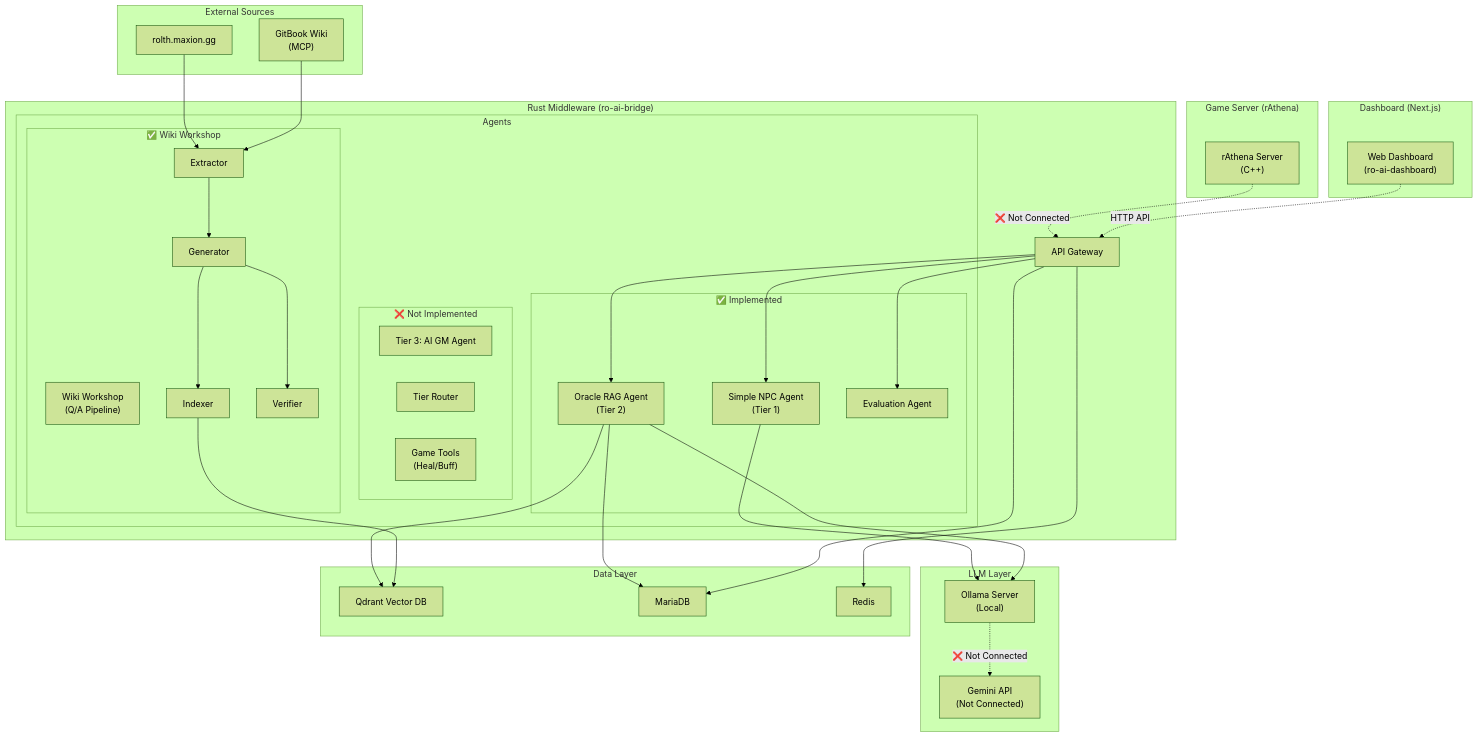
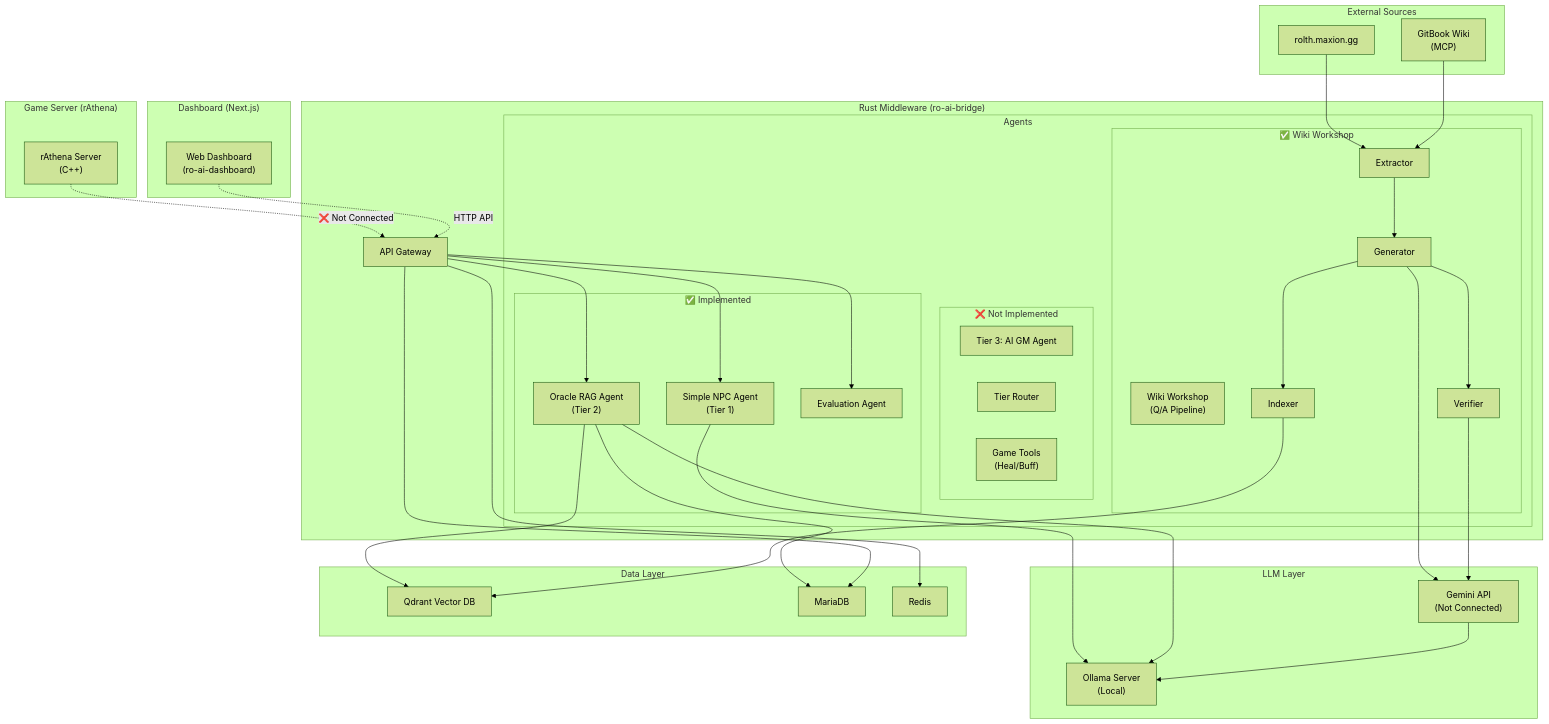
One commit to MegaWiz-Dev-Team/Mimir changed the first of 4 diagrams in docs/01_03_TRD_Project-Mimir_TH_v2.1.md. Above: the diagram before and after it, drawn with Mermaid (forest theme). The commit also changed other lines of this file, not shown here.

````diff
--- a/docs/01_03_TRD_Project-Mimir_TH_v2.1.md
+++ b/docs/01_03_TRD_Project-Mimir_TH_v2.1.md
@@ -19,76 +19,78 @@
 ```mermaid
 graph TB
     subgraph "Game Server (rAthena)"
         RA["rAthena Server<br/>(C++)"]
     end
 
     subgraph "Rust Middleware (ro-ai-bridge)"
         GW["API Gateway"]
         
         subgraph "Agents"
             subgraph "✅ Implemented"
                 S_NPC["Simple NPC Agent<br/>(Tier 1)"]
                 ORACLE["Oracle RAG Agent<br/>(Tier 2)"]
                 EVAL["Evaluation Agent"]
             end
             
             subgraph "❌ Not Implemented"
                 T3["Tier 3: AI GM Agent"]
                 ROUTER["Tier Router"]
                 TOOLS["Game Tools<br/>(Heal/Buff)"]
             end
             
             subgraph "✅ Wiki Workshop"
                 WS["Wiki Workshop<br/>(Q/A Pipeline)"]
                 EXT["Extractor"]
                 GEN["Generator"]
                 IDX["Indexer"]
                 VER["Verifier"]
             end
         end
     end
 
     subgraph "External Sources"
         WIKI["rolth.maxion.gg"]
         GITBOOK["GitBook Wiki<br/>(MCP)"]
     end
 
     subgraph "LLM Layer"
         OLLAMA["Ollama Server<br/>(Local)"]
         GEMINI["Gemini API<br/>(Not Connected)"]
     end
 
     subgraph "Data Layer"
         QDRANT["Qdrant Vector DB"]
         MARIADB["MariaDB"]
         REDIS["Redis"]
     end
 
     subgraph "Dashboard (Next.js)"
         DASH["Web Dashboard<br/>(ro-ai-dashboard)"]
     end
 
     RA -.->|"❌ Not Connected"| GW
     GW --> S_NPC
     GW --> ORACLE
     GW --> EVAL
     
     S_NPC --> OLLAMA
     ORACLE --> OLLAMA
     ORACLE --> QDRANT
     ORACLE --> MARIADB
     
     WIKI --> EXT
     GITBOOK --> EXT
     EXT --> GEN
     GEN --> IDX
     GEN --> VER
+    GEN --> GEMINI
+    VER --> GEMINI
     IDX --> QDRANT
     
-    OLLAMA -.->|"❌ Not Connected"| GEMINI
+    GEMINI --> OLLAMA
     
     GW --> REDIS
     GW --> MARIADB
     
     DASH -.->|"HTTP API"| GW
 ```
````
